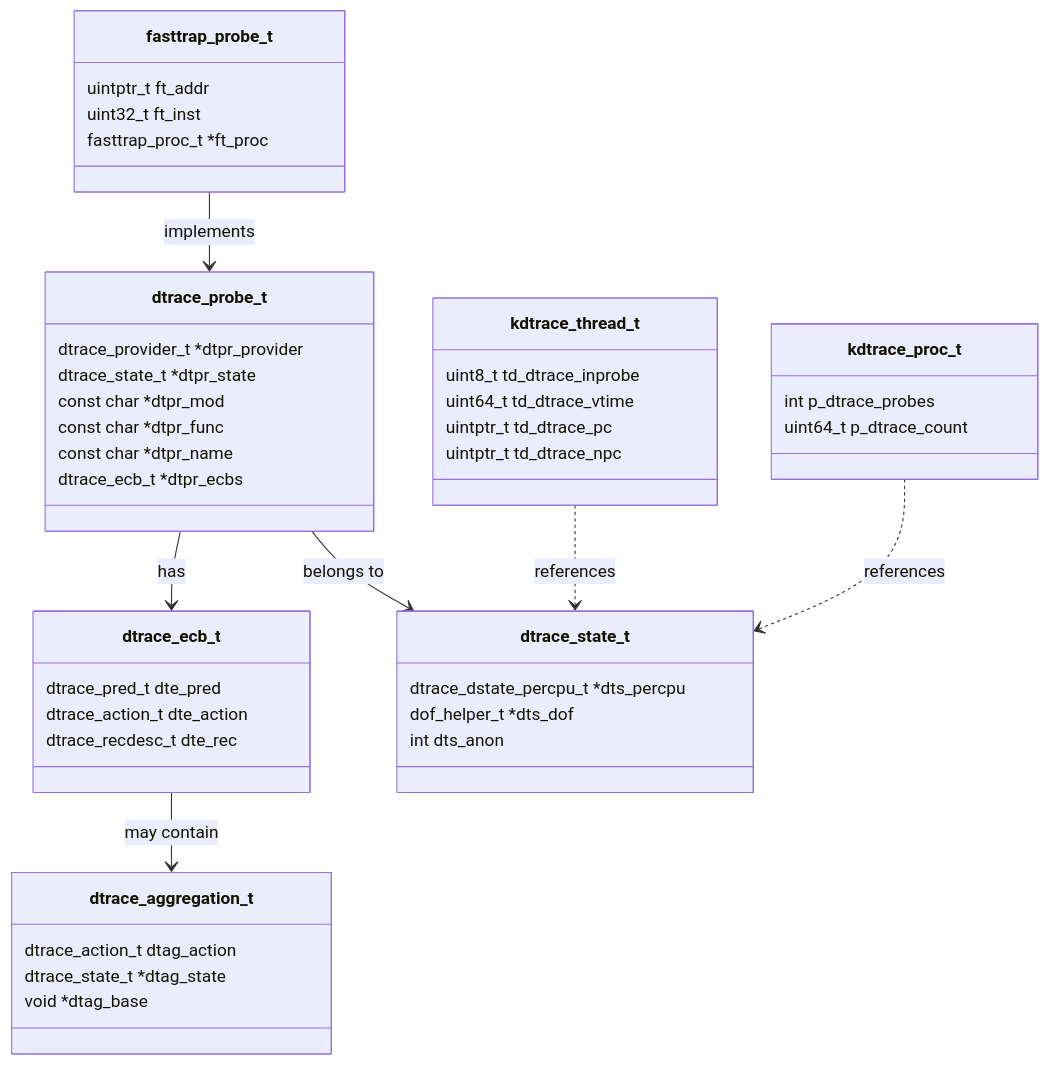
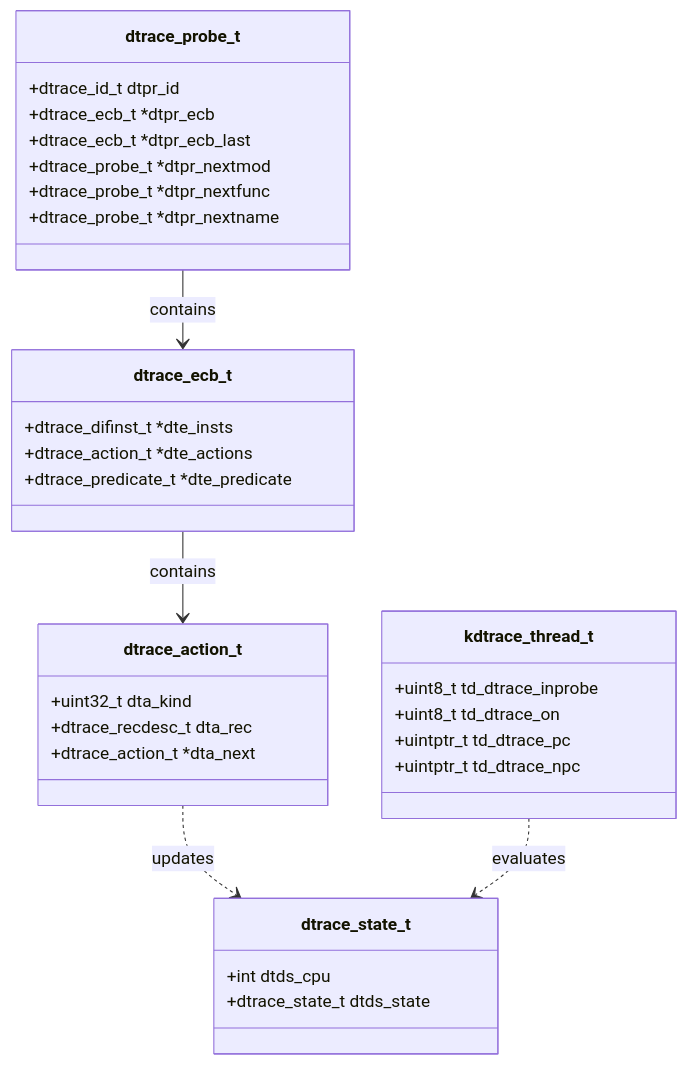
Before and after one commit to ocochard/freebsd-src: the diagram in sys/cddl/dev/dtrace/README.md, drawn with Mermaid. The commit also changed other lines of this file and 26 other files, not shown here.

````diff
--- a/sys/cddl/dev/dtrace/README.md
+++ b/sys/cddl/dev/dtrace/README.md
@@ -118,47 +111,40 @@
 ```mermaid
 classDiagram
     class dtrace_probe_t {
-        dtrace_provider_t *dtpr_provider
-        dtrace_state_t *dtpr_state
-        const char *dtpr_mod
-        const char *dtpr_func
-        const char *dtpr_name
-        dtrace_ecb_t *dtpr_ecbs
+        +dtrace_id_t dtpr_id
+        +dtrace_ecb_t *dtpr_ecb
+        +dtrace_ecb_t *dtpr_ecb_last
+        +dtrace_probe_t *dtpr_nextmod
+        +dtrace_probe_t *dtpr_nextfunc
+        +dtrace_probe_t *dtpr_nextname
     }
+
     class dtrace_ecb_t {
-        dtrace_pred_t dte_pred
-        dtrace_action_t dte_action
-        dtrace_recdesc_t dte_rec
+        +dtrace_difinst_t *dte_insts
+        +dtrace_action_t *dte_actions
+        +dtrace_predicate_t *dte_predicate
     }
-    class dtrace_aggregation_t {
-        dtrace_action_t dtag_action
-        dtrace_state_t *dtag_state
-        void *dtag_base
+
+    class dtrace_action_t {
+        +uint32_t dta_kind
+        +dtrace_recdesc_t dta_rec
+        +dtrace_action_t *dta_next
     }
+
     class dtrace_state_t {
-        dtrace_dstate_percpu_t *dts_percpu
-        dof_helper_t *dts_dof
-        int dts_anon
+        +int dtds_cpu
+        +dtrace_state_t dtds_state
     }
+
     class kdtrace_thread_t {
-        uint8_t td_dtrace_inprobe
-        uint64_t td_dtrace_vtime
-        uintptr_t td_dtrace_pc
-        uintptr_t td_dtrace_npc
+        +uint8_t td_dtrace_inprobe
+        +uint8_t td_dtrace_on
+        +uintptr_t td_dtrace_pc
+        +uintptr_t td_dtrace_npc
     }
-    class kdtrace_proc_t {
-        int p_dtrace_probes
-        uint64_t p_dtrace_count
-    }
-    class fasttrap_probe_t {
-        uintptr_t ft_addr
-        uint32_t ft_inst
-        fasttrap_proc_t *ft_proc
-    }
-    dtrace_probe_t --> dtrace_ecb_t : has
-    dtrace_ecb_t --> dtrace_aggregation_t : may contain
-    dtrace_probe_t --> dtrace_state_t : belongs to
-    kdtrace_thread_t ..> dtrace_state_t : references
-    kdtrace_proc_t ..> dtrace_state_t : references
-    fasttrap_probe_t --> dtrace_probe_t : implements
+
+    dtrace_probe_t --> dtrace_ecb_t : contains
+    dtrace_ecb_t --> dtrace_action_t : contains
+    dtrace_action_t ..> dtrace_state_t : updates
+    kdtrace_thread_t ..> dtrace_state_t : evaluates
 ```
````
